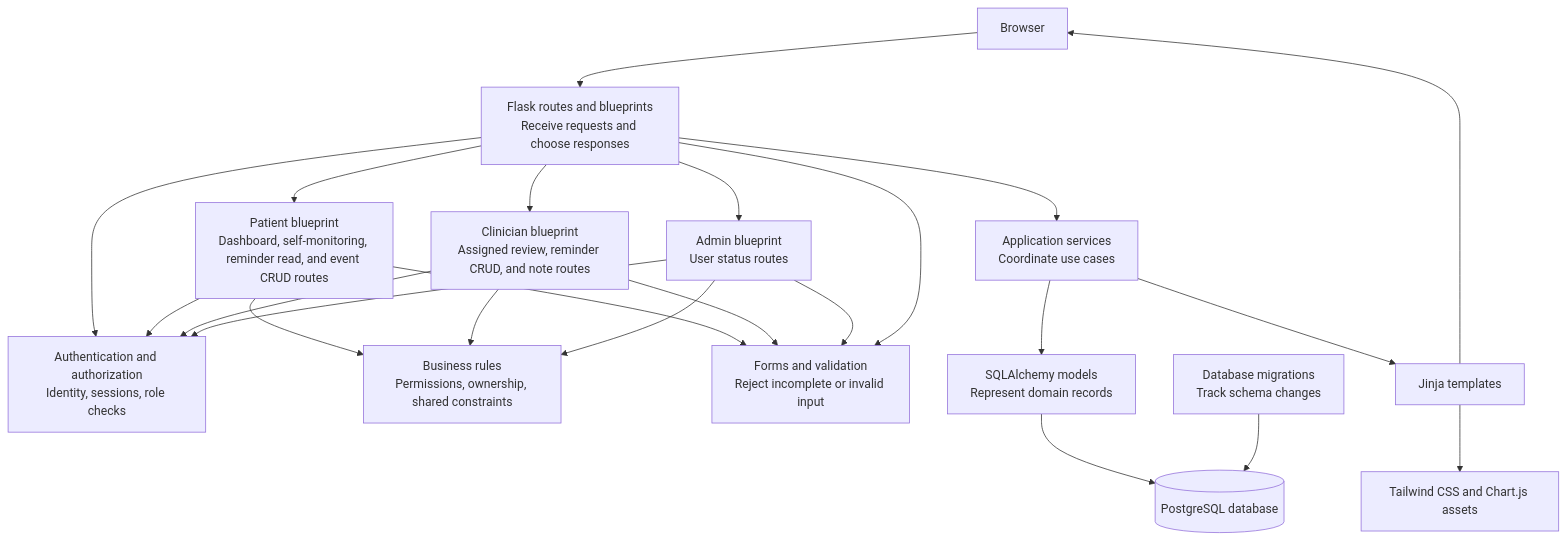
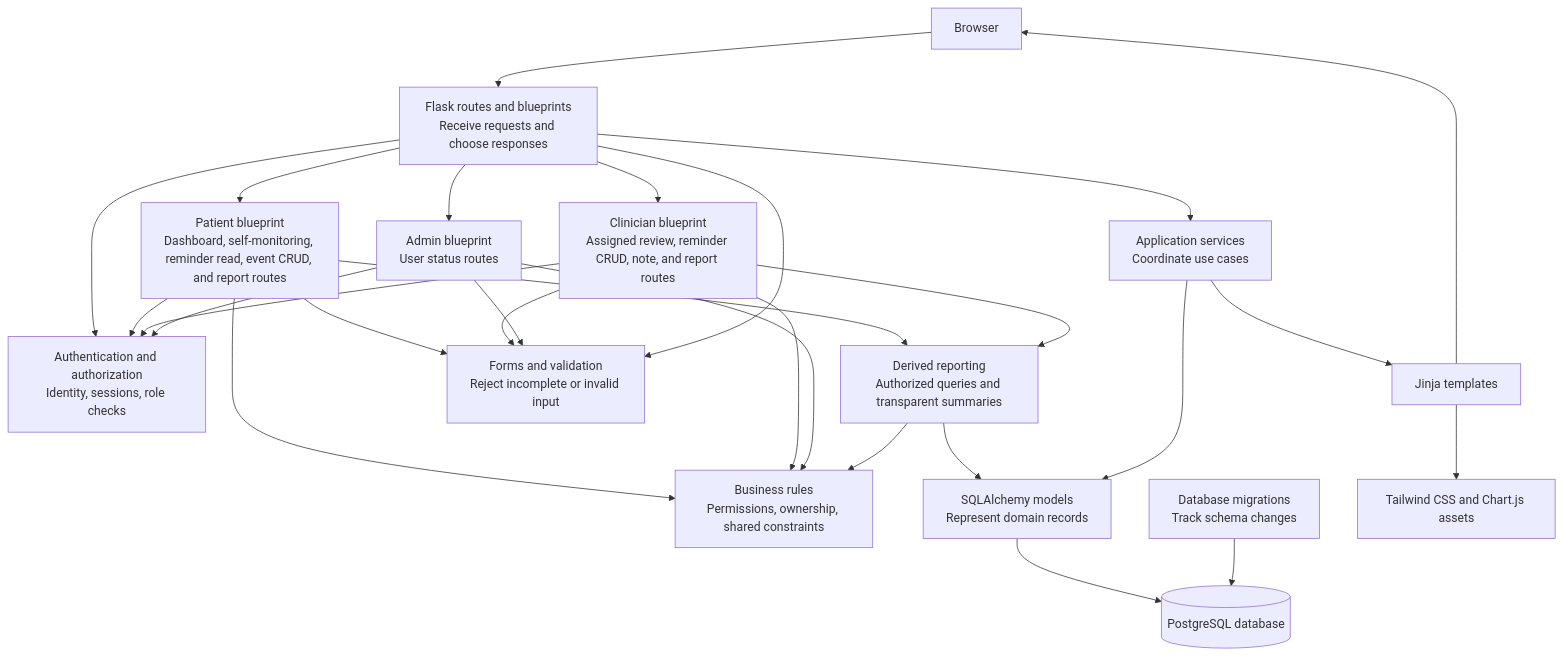
The sixth of 7 diagrams in docs/system-tutorials.md (R-gitonga/AfyaGlyco), drawn with Mermaid before and after one commit. The commit also changed other lines of this file and 15 other files, not shown here.

````diff
--- a/docs/system-tutorials.md
+++ b/docs/system-tutorials.md
@@ -172,40 +181,45 @@
 ```mermaid
 flowchart TB
     Browser[Browser]
     Routes[Flask routes and blueprints\nReceive requests and choose responses]
-    PatientRoutes[Patient blueprint\nDashboard, self-monitoring, reminder read, and event CRUD routes]
-    ClinicianRoutes[Clinician blueprint\nAssigned review, reminder CRUD, and note routes]
+    PatientRoutes[Patient blueprint\nDashboard, self-monitoring, reminder read, event CRUD, and report routes]
+    ClinicianRoutes[Clinician blueprint\nAssigned review, reminder CRUD, note, and report routes]
     AdminRoutes[Admin blueprint\nUser status routes]
     Auth[Authentication and authorization\nIdentity, sessions, role checks]
     Rules[Business rules\nPermissions, ownership, shared constraints]
+    Reporting[Derived reporting\nAuthorized queries and transparent summaries]
     Forms[Forms and validation\nReject incomplete or invalid input]
     Services[Application services\nCoordinate use cases]
     Models[SQLAlchemy models\nRepresent domain records]
     Migrations[Database migrations\nTrack schema changes]
     DB[(PostgreSQL database)]
     Templates[Jinja templates]
     Static[Tailwind CSS and Chart.js assets]
 
     Browser --> Routes
     Routes --> PatientRoutes
     Routes --> ClinicianRoutes
     Routes --> AdminRoutes
     Routes --> Auth
     PatientRoutes --> Auth
     ClinicianRoutes --> Auth
     AdminRoutes --> Auth
     PatientRoutes --> Rules
     ClinicianRoutes --> Rules
     AdminRoutes --> Rules
     PatientRoutes --> Forms
     ClinicianRoutes --> Forms
     AdminRoutes --> Forms
     Routes --> Forms
     Routes --> Services
+    PatientRoutes --> Reporting
+    ClinicianRoutes --> Reporting
+    Reporting --> Rules
+    Reporting --> Models
     Services --> Models
     Models --> DB
     Migrations --> DB
     Services --> Templates
     Templates --> Static
     Templates --> Browser
 ```
````
